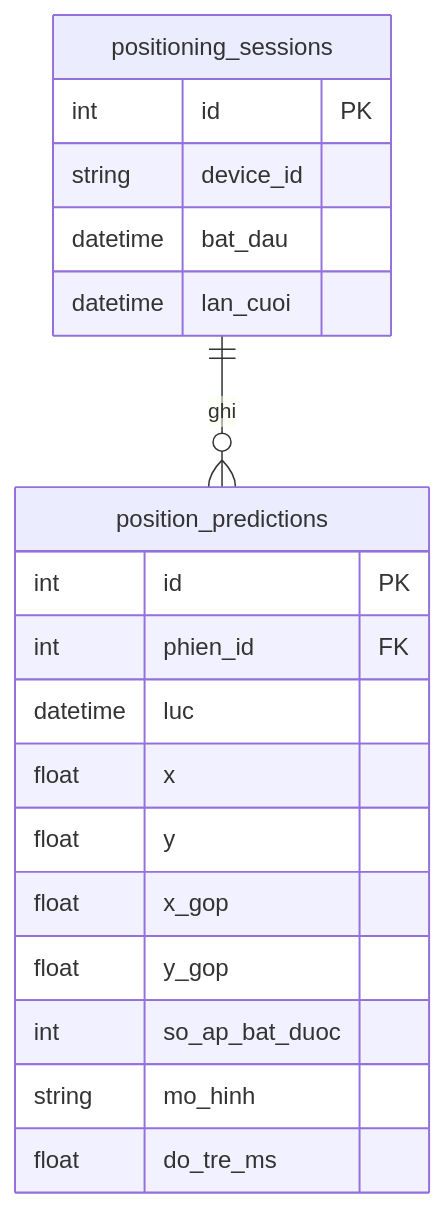
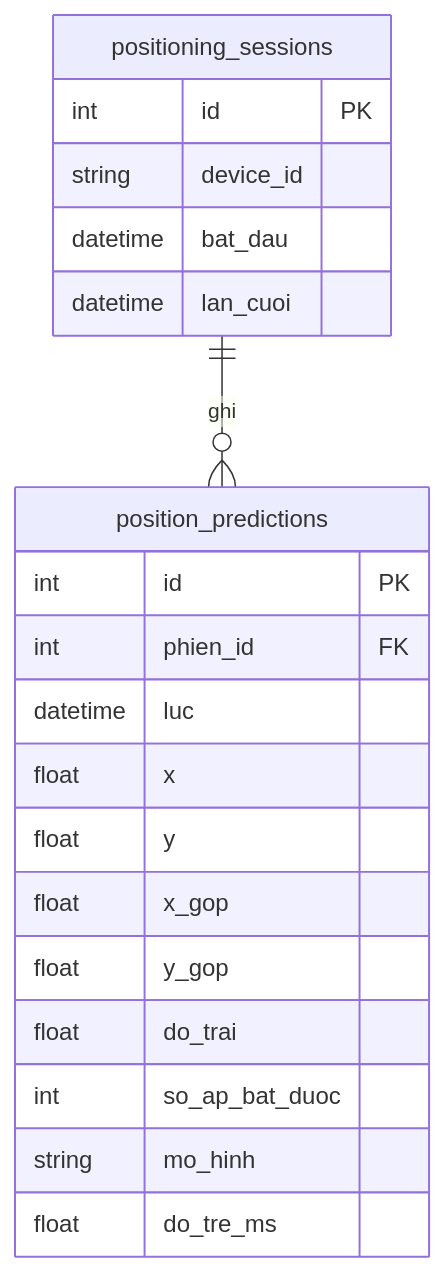
One commit to DoAnTotNghiep-Indoor/Indoor_Positoning_System-DATN changed the third of 3 diagrams in docs/thiet_ke_he_thong.md. Above: the diagram before and after it, drawn with Mermaid. The commit also changed other lines of this file and 22 other files, not shown here.

````diff
--- a/docs/thiet_ke_he_thong.md
+++ b/docs/thiet_ke_he_thong.md
@@ -195,22 +216,23 @@
 ```mermaid
 erDiagram
   positioning_sessions ||--o{ position_predictions : ghi
   positioning_sessions {
     int id PK
     string device_id
     datetime bat_dau
     datetime lan_cuoi
   }
   position_predictions {
     int id PK
     int phien_id FK
     datetime luc
     float x
     float y
     float x_gop
     float y_gop
+    float do_trai
     int so_ap_bat_duoc
     string mo_hinh
     float do_tre_ms
   }
 ```
````
